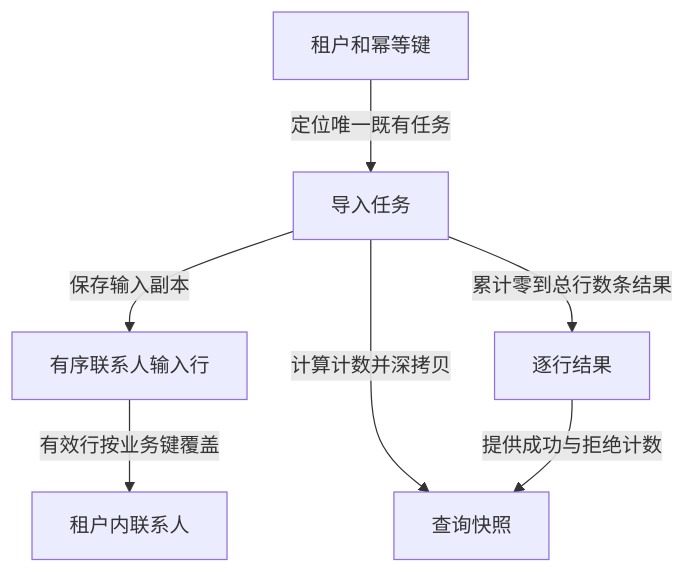
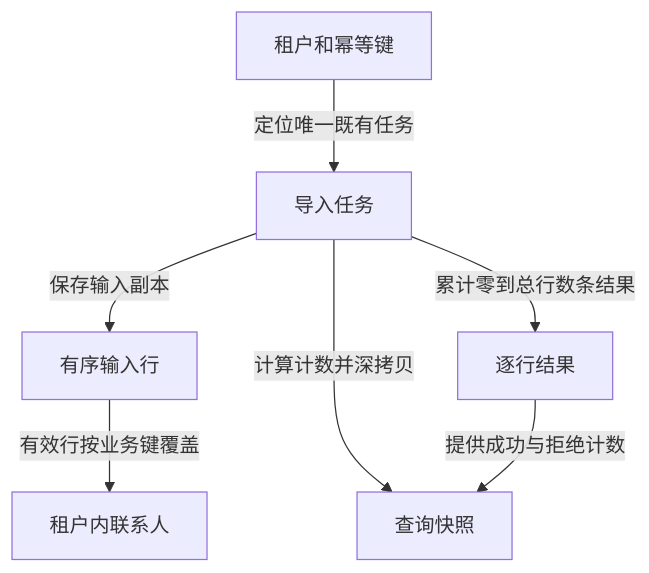
One commit to tencentmusic/modus changed the diagram in tests/fixtures/authoring/async-import/modus/knowledge/domain/contact-import/references/object.md. Above: the diagram before and after it, drawn with Mermaid. The commit also changed other lines of this file and 84 other files, not shown here.

````diff
--- a/tests/fixtures/authoring/async-import/modus/knowledge/domain/contact-import/references/object.md
+++ b/tests/fixtures/authoring/async-import/modus/knowledge/domain/contact-import/references/object.md
@@ -29,9 +29,9 @@
 ```mermaid
 flowchart TD
     K[租户和幂等键] -->|定位唯一既有任务| J[导入任务]
-    J -->|保存输入副本| I[有序联系人输入行]
+    J -->|保存输入副本| I[有序输入行]
     J -->|累计零到总行数条结果| R[逐行结果]
     I -->|有效行按业务键覆盖| C[租户内联系人]
     J -->|计算计数并深拷贝| V[查询快照]
     R -->|提供成功与拒绝计数| V
 ```
````
